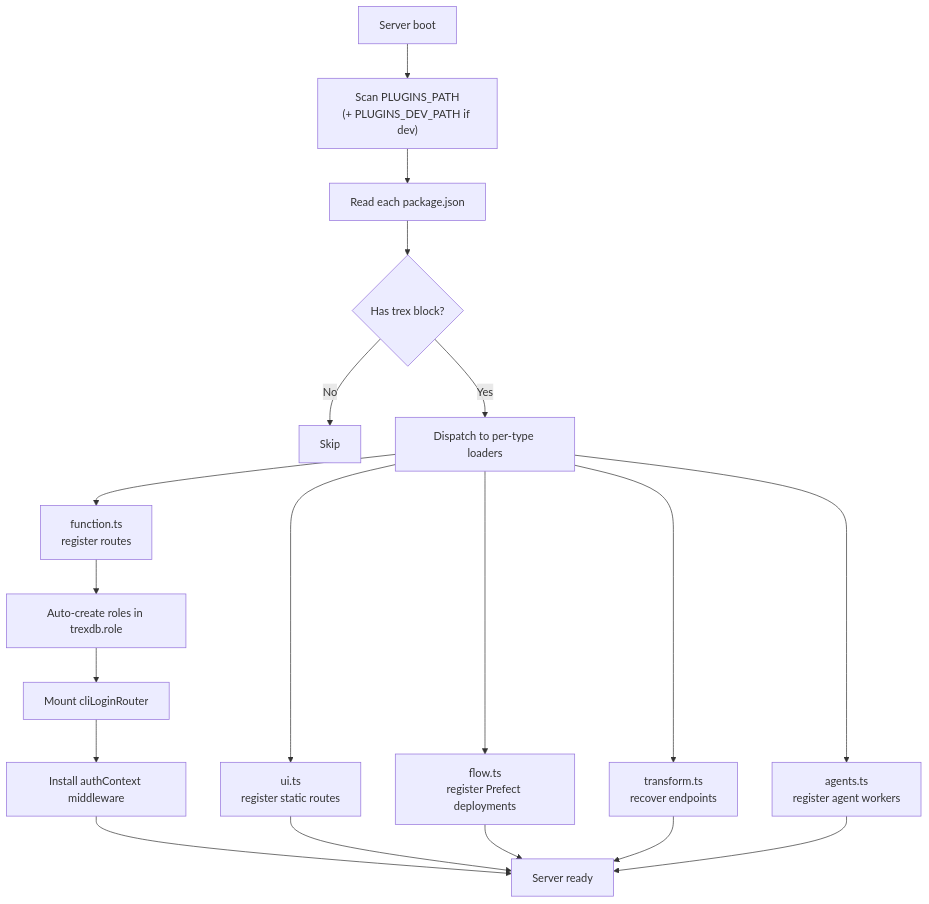
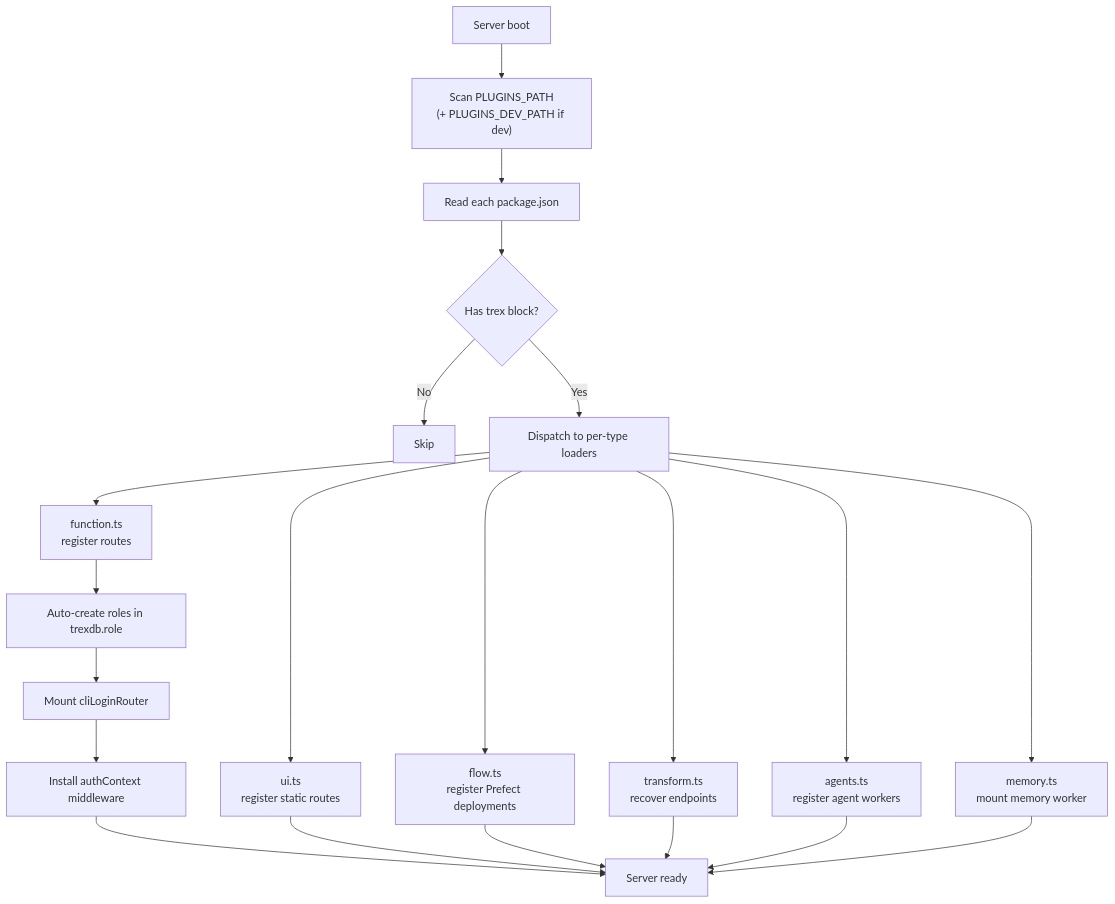
Before and after one commit to OHDSI/trex: the first of 2 diagrams in plugins/docs/docs/concepts/plugin-system.md, drawn with Mermaid. The commit also changed other lines of this file and 8 other files, not shown here.

````diff
--- a/plugins/docs/docs/concepts/plugin-system.md
+++ b/plugins/docs/docs/concepts/plugin-system.md
@@ -47,21 +47,23 @@
 ```mermaid
 flowchart TD
     Boot["Server boot"] --> Scan["Scan PLUGINS_PATH<br/>(+ PLUGINS_DEV_PATH if dev)"]
     Scan --> ReadPkg["Read each package.json"]
     ReadPkg --> Decide{Has trex block?}
     Decide -->|No| Ignore[Skip]
     Decide -->|Yes| Loaders["Dispatch to per-type loaders"]
     Loaders --> Fns["function.ts<br/>register routes"]
     Loaders --> UI["ui.ts<br/>register static routes"]
     Loaders --> Flow["flow.ts<br/>register Prefect deployments"]
     Loaders --> Tx["transform.ts<br/>recover endpoints"]
     Loaders --> Agent["agents.ts<br/>register agent workers"]
+    Loaders --> Mem["memory.ts<br/>mount memory worker"]
     Fns --> EnsureRoles["Auto-create roles in trexdb.role"]
     EnsureRoles --> CliLogin["Mount cliLoginRouter"]
     CliLogin --> AuthCtx["Install authContext middleware"]
     AuthCtx --> Ready["Server ready"]
     UI --> Ready
     Flow --> Ready
     Tx --> Ready
     Agent --> Ready
+    Mem --> Ready
 ```
````
